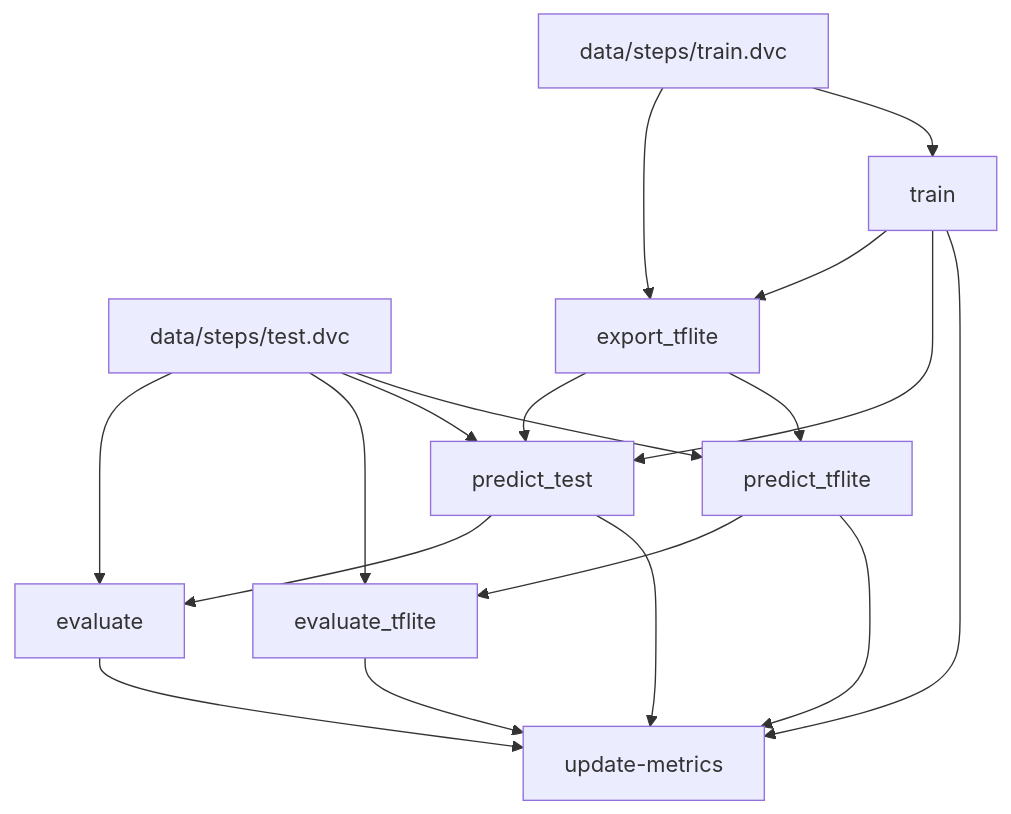
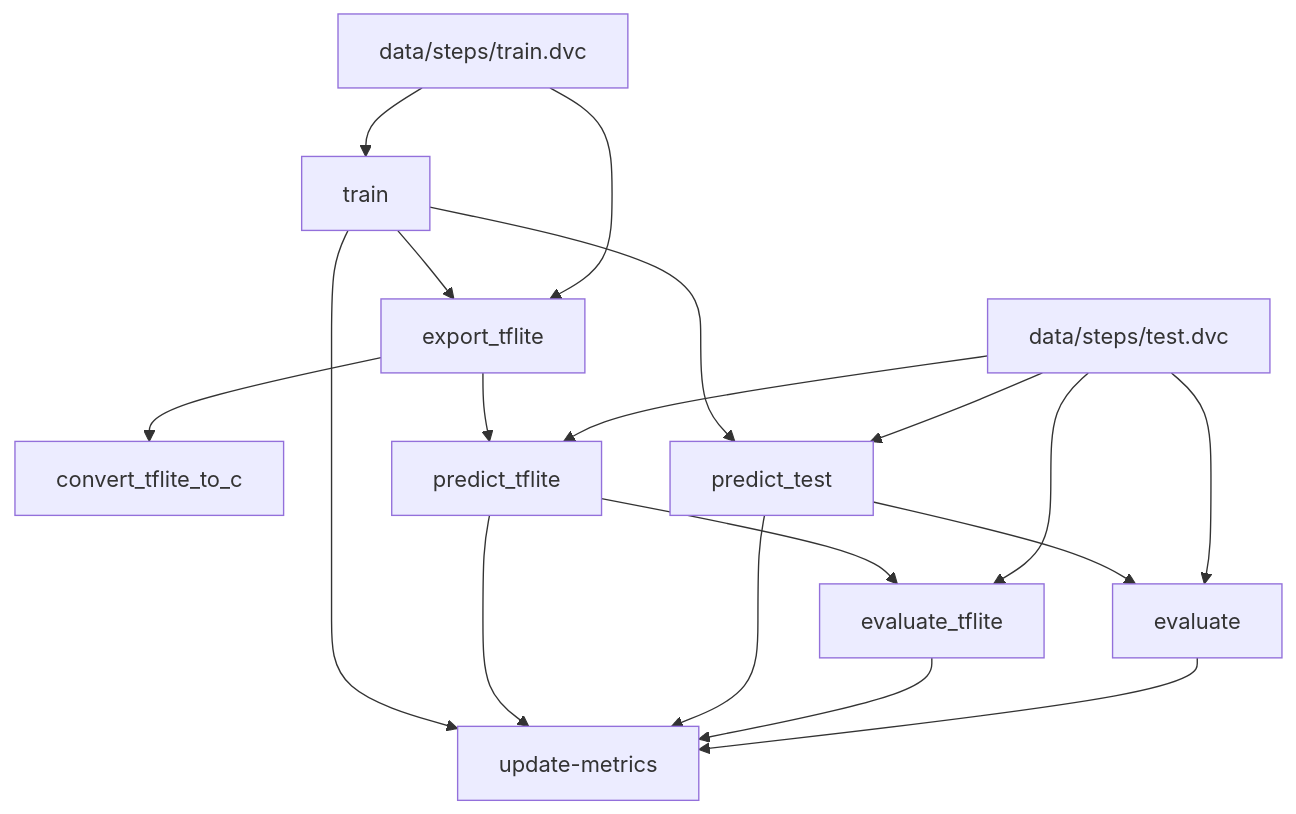
The diagram in README.md (akucia/step-counter), drawn with Mermaid before and after one commit. The commit also changed 9 other files, not shown here.

````diff
--- a/README.md
+++ b/README.md
@@ -18,29 +18,30 @@
 ```mermaid
 flowchart TD
-	node1["data/steps/test.dvc"]
-	node2["data/steps/train.dvc"]
-	node3["evaluate"]
-	node4["evaluate_tflite"]
-	node5["export_tflite"]
-	node6["predict_test"]
-	node7["predict_tflite"]
-	node8["train"]
-	node9["update-metrics"]
-	node1-->node3
-	node1-->node4
-	node1-->node6
-	node1-->node7
+	node1["convert_tflite_to_c"]
+	node2["data/steps/test.dvc"]
+	node3["data/steps/train.dvc"]
+	node4["evaluate"]
+	node5["evaluate_tflite"]
+	node6["export_tflite"]
+	node7["predict_test"]
+	node8["predict_tflite"]
+	node9["train"]
+	node10["update-metrics"]
+	node2-->node4
 	node2-->node5
+	node2-->node7
 	node2-->node8
+	node3-->node6
 	node3-->node9
-	node4-->node9
-	node5-->node6
-	node5-->node7
-	node6-->node3
-	node6-->node9
+	node4-->node10
+	node5-->node10
+	node6-->node1
+	node6-->node8
 	node7-->node4
-	node7-->node9
+	node7-->node10
 	node8-->node5
-	node8-->node6
-	node8-->node9
+	node8-->node10
+	node9-->node6
+	node9-->node7
+	node9-->node10
 ```
````
